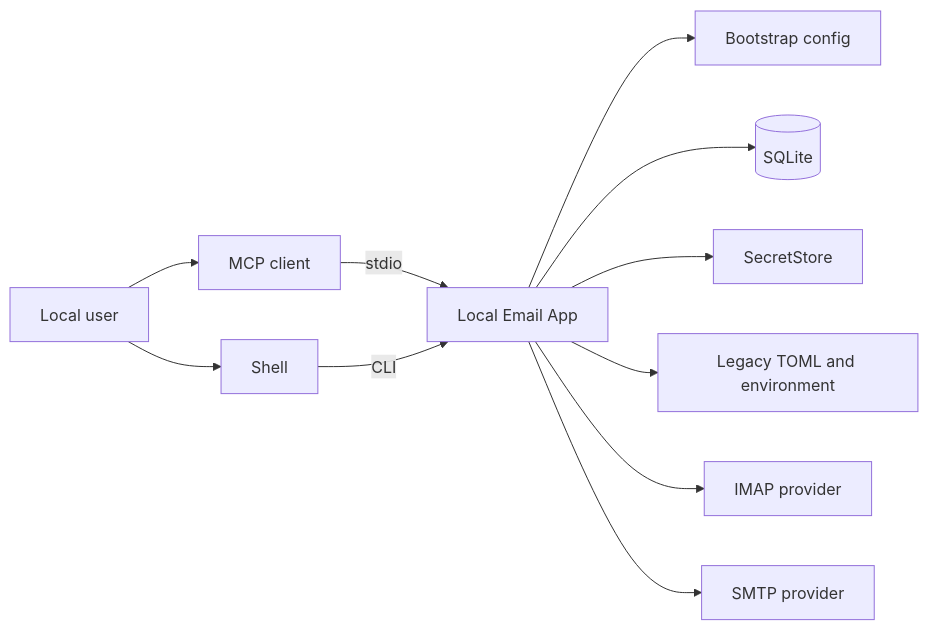
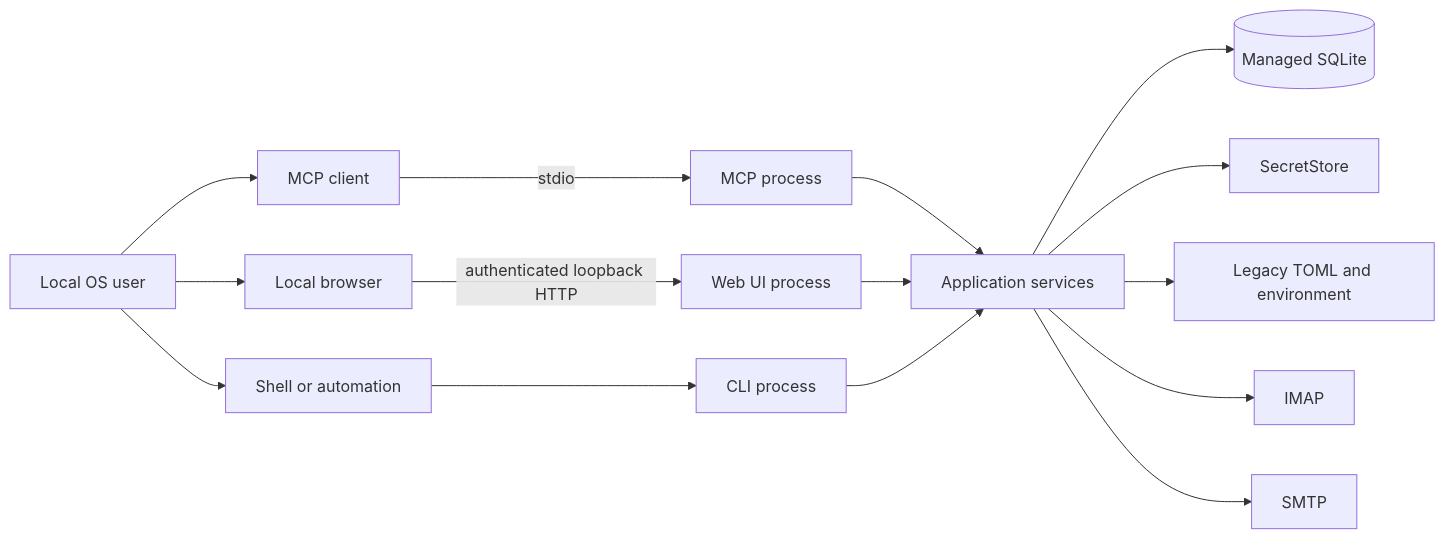
The first of 2 diagrams in spec/01-system-context.md (Wh1isper/mcp-email-server), drawn with Mermaid before and after one commit. The commit also changed other lines of this file and 18 other files, not shown here.

Commit message:
docs: redefine local email app architecture

````diff
--- a/spec/01-system-context.md
+++ b/spec/01-system-context.md
@@ -17,24 +13,17 @@
 ```mermaid
 flowchart LR
-    USER[Local user]
-    CLIENT[MCP client]
-    SHELL[Shell]
-    APP[Local Email App]
-    BOOT[Bootstrap config]
-    DB[(SQLite)]
-    SECRETS[SecretStore]
-    LEGACY[Legacy TOML and environment]
-    IMAP[IMAP provider]
-    SMTP[SMTP provider]
-
-    USER --> CLIENT
-    USER --> SHELL
-    CLIENT -->|stdio| APP
-    SHELL -->|CLI| APP
-    APP --> BOOT
-    APP --> DB
-    APP --> SECRETS
-    APP --> LEGACY
-    APP --> IMAP
-    APP --> SMTP
+    U[Local OS user] --> C[MCP client]
+    U --> B[Local browser]
+    U --> S[Shell or automation]
+    C -->|stdio| M[MCP process]
+    B -->|authenticated loopback HTTP| W[Web UI process]
+    S --> L[CLI process]
+    M --> A[Application services]
+    W --> A
+    L --> A
+    A --> DB[(Managed SQLite)]
+    A --> K[SecretStore]
+    A --> T[Legacy TOML and environment]
+    A --> I[IMAP]
+    A --> P[SMTP]
 ```
````
